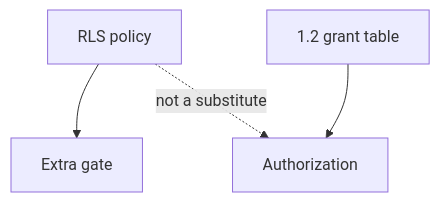
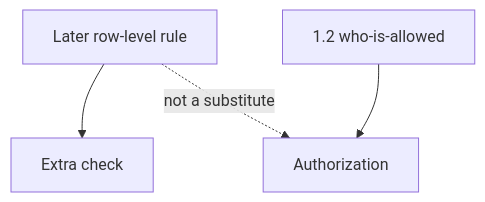
The second of 2 diagrams in content/modules/5/5.5/lessons/02-model.md (ishitvagoel/LearnSecurity), drawn with Mermaid before and after one commit. The commit also changed other lines of this file and 39 other files, not shown here.

````diff
--- a/content/modules/5/5.5/lessons/02-model.md
+++ b/content/modules/5/5.5/lessons/02-model.md
@@ -26,6 +27,6 @@
 ```mermaid
 flowchart TD
-  RLS[RLS policy] --> Extra[Extra gate]
-  Grant["1.2 grant table"] --> Authz[Authorization]
+  RLS[Later row-level rule] --> Extra[Extra check]
+  Grant["1.2 who-is-allowed"] --> Authz[Authorization]
   RLS -.->|not a substitute| Authz
 ```
````
